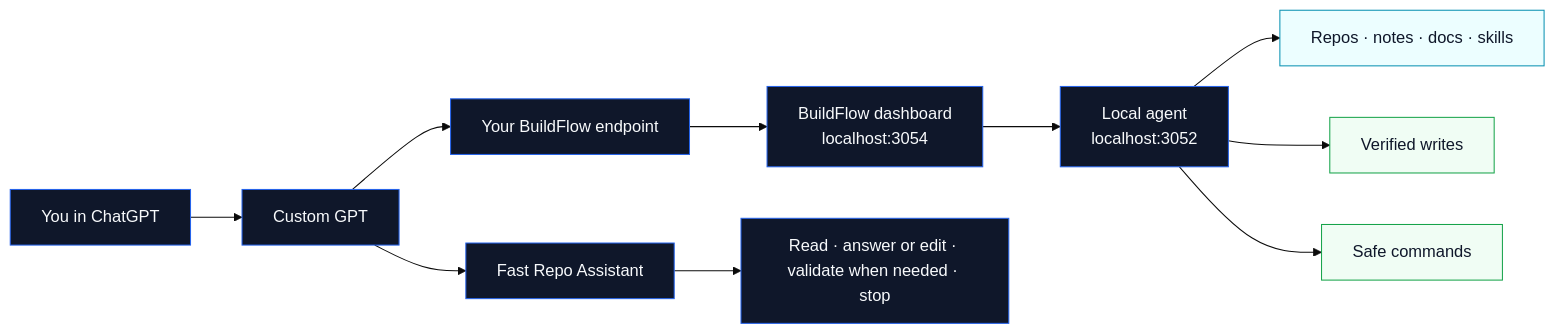
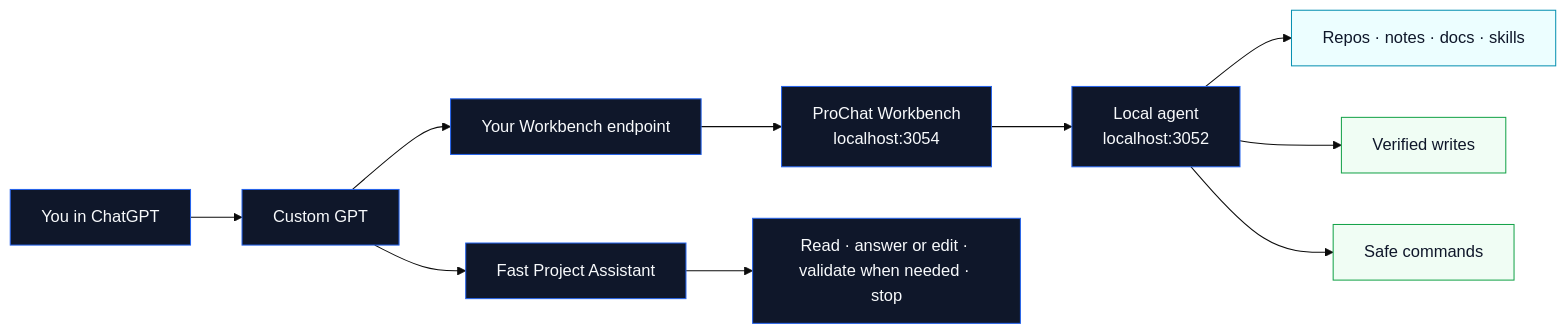
The first of 2 diagrams in README.md (stevewesthoek/buildflow), drawn with Mermaid (base theme) before and after one commit. The commit also changed other lines of this file and 1 other file, not shown here.

Commit message:
docs: complete Workbench public naming

````diff
--- a/README.md
+++ b/README.md
@@ -18,20 +18,20 @@
 ```mermaid
 flowchart LR
   You["You in ChatGPT"] --> GPT["Custom GPT"]
-  GPT --> Endpoint["Your BuildFlow endpoint"]
-  Endpoint --> Web["BuildFlow dashboard<br/>localhost:3054"]
+  GPT --> Endpoint["Your Workbench endpoint"]
+  Endpoint --> Web["ProChat Workbench<br/>localhost:3054"]
   Web --> Agent["Local agent<br/>localhost:3052"]
   Agent --> Sources["Repos · notes · docs · skills"]
   Agent --> Writes["Verified writes"]
   Agent --> Commands["Safe commands"]
-  GPT --> Assistant["Fast Repo Assistant"]
+  GPT --> Assistant["Fast Project Assistant"]
   Assistant --> Flow["Read · answer or edit · validate when needed · stop"]
 
   classDef dark fill:#0f172a,stroke:#2563eb,color:#f8fafc;
   classDef local fill:#ecfeff,stroke:#0891b2,color:#0f172a;
   classDef safe fill:#f0fdf4,stroke:#16a34a,color:#0f172a;
 
   class You,GPT,Endpoint,Web,Agent,Assistant,Flow dark;
   class Sources local;
   class Writes,Commands safe;
 ```
````
